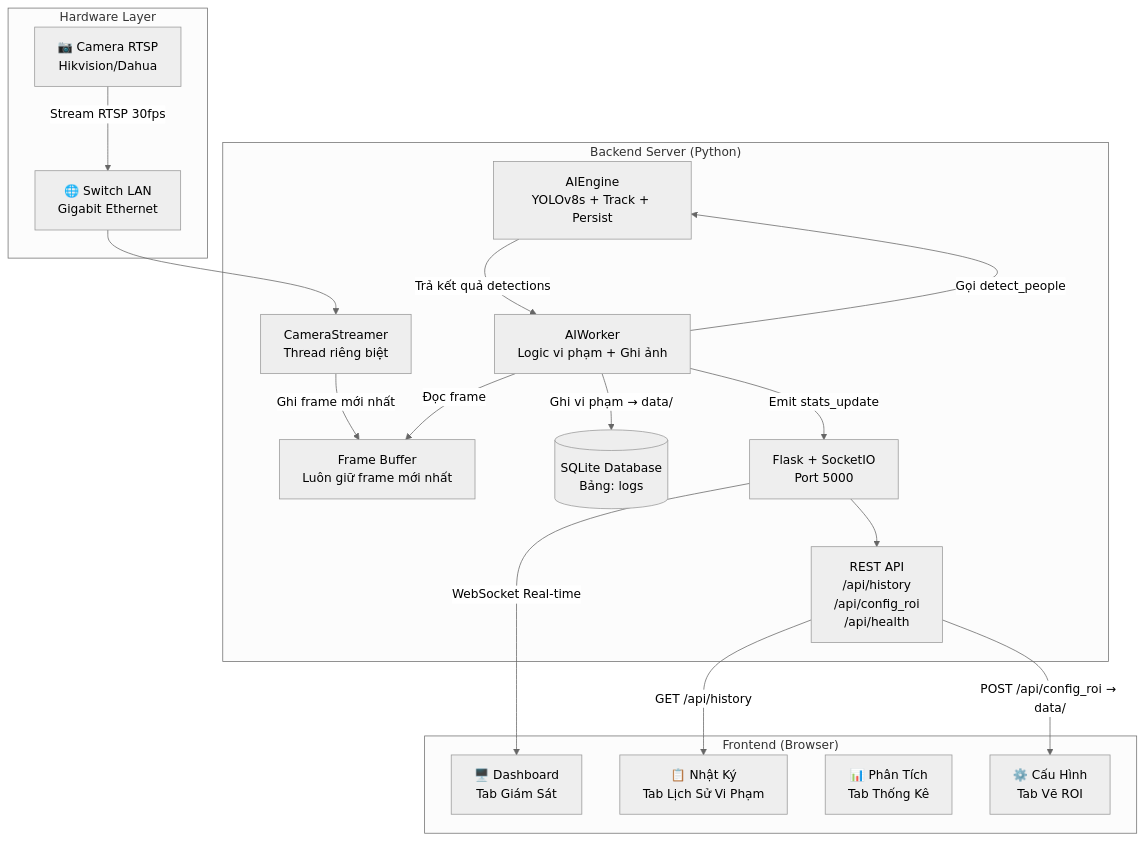
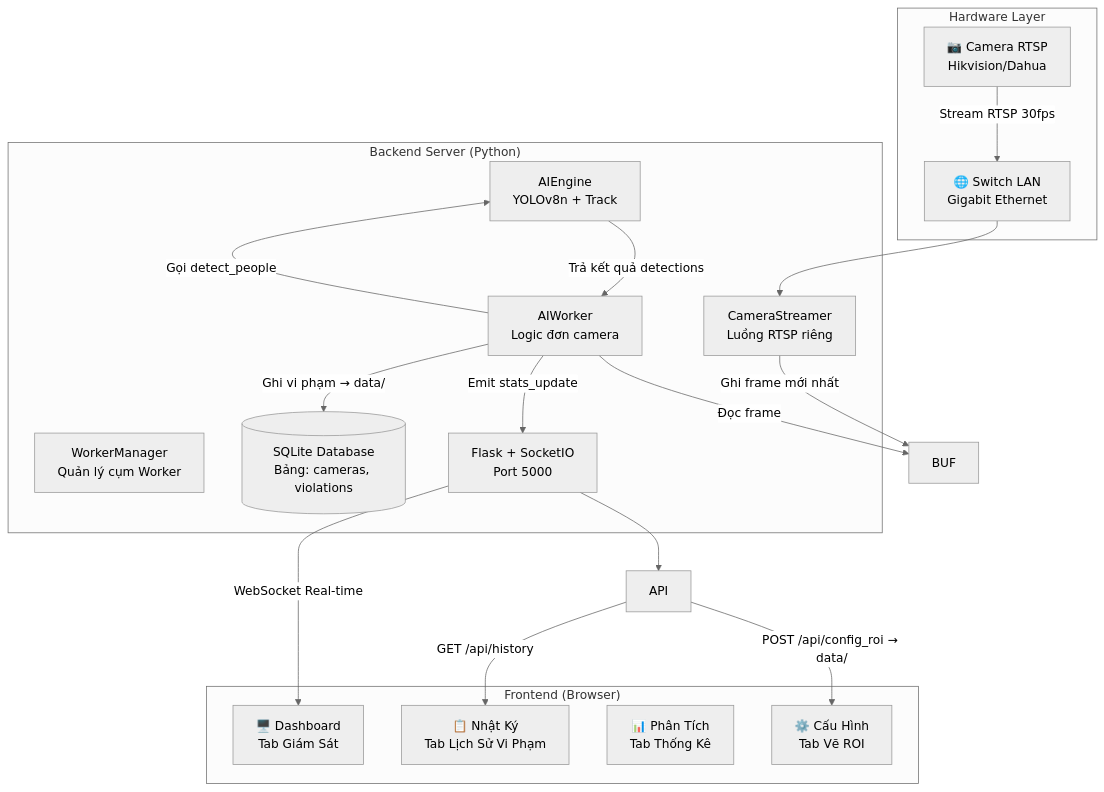
Before and after one commit to AnhMinhh12/check_people: the diagram in docs/ARCHITECTURE.md, drawn with Mermaid (neutral theme). The commit also changed other lines of this file and 15 other files, not shown here.

````diff
--- a/docs/ARCHITECTURE.md
+++ b/docs/ARCHITECTURE.md
@@ -46,37 +46,36 @@
 ```mermaid
 graph TD
     subgraph "Hardware Layer"
         CAM[📷 Camera RTSP<br/>Hikvision/Dahua]
         NET[🌐 Switch LAN<br/>Gigabit Ethernet]
     end
 
     subgraph "Backend Server (Python)"
-        CS[CameraStreamer<br/>Thread riêng biệt]
-        BUF[Frame Buffer<br/>Luôn giữ frame mới nhất]
-        AI[AIEngine<br/>YOLOv8s + Track + Persist]
-        AW[AIWorker<br/>Logic vi phạm + Ghi ảnh]
-        DB[(SQLite Database<br/>Bảng: logs)]
+        WM[WorkerManager<br/>Quản lý cụm Worker]
+        CS[CameraStreamer<br/>Luồng RTSP riêng]
+        AI[AIEngine<br/>YOLOv8n + Track]
+        AW[AIWorker<br/>Logic đơn camera]
+        DB[(SQLite Database<br/>Bảng: cameras, violations)]
         FLASK[Flask + SocketIO<br/>Port 5000]
-        API[REST API<br/>/api/history<br/>/api/config_roi<br/>/api/health]
     end
 
     subgraph "Frontend (Browser)"
         DASH[🖥️ Dashboard<br/>Tab Giám Sát]
         HIST[📋 Nhật Ký<br/>Tab Lịch Sử Vi Phạm]
         ANAL[📊 Phân Tích<br/>Tab Thống Kê]
         CONF[⚙️ Cấu Hình<br/>Tab Vẽ ROI]
     end
 
     CAM -->|Stream RTSP 30fps| NET
     NET --> CS
     CS -->|Ghi frame mới nhất| BUF
     AW -->|Đọc frame| BUF
     AW -->|Gọi detect_people| AI
     AI -->|Trả kết quả detections| AW
     AW -->|Ghi vi phạm → data/| DB
     AW -->|Emit stats_update| FLASK
     FLASK -->|WebSocket Real-time| DASH
     API -->|GET /api/history| HIST
     API -->|POST /api/config_roi → data/| CONF
     FLASK --> API
 ```
````
